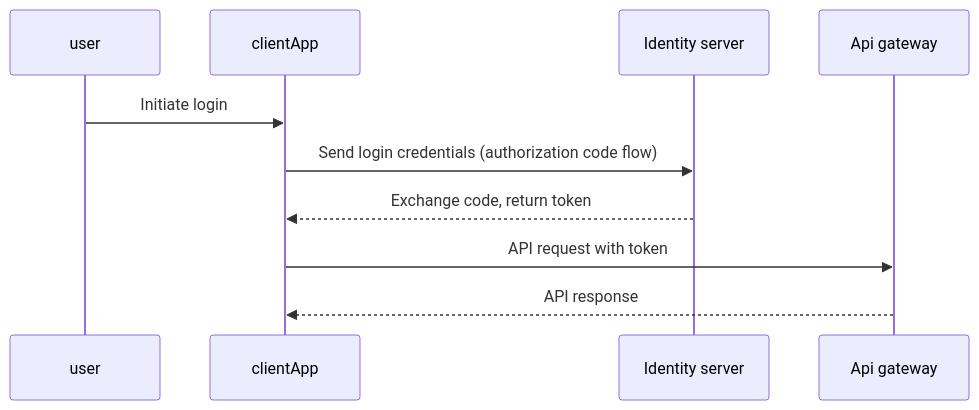
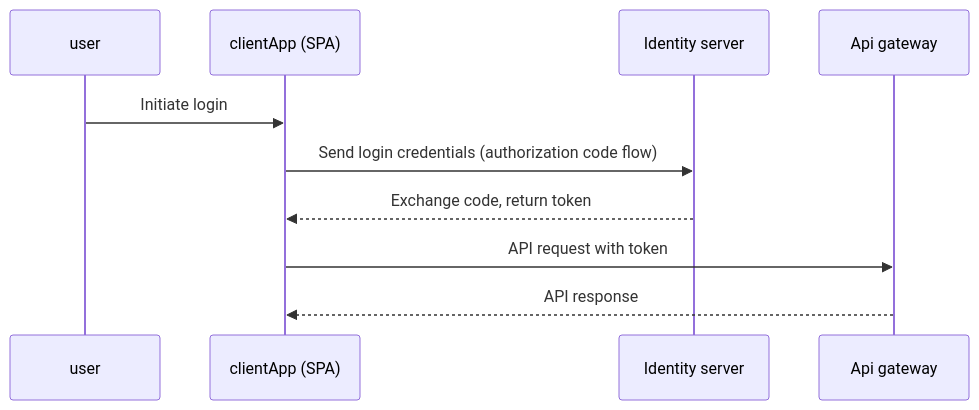
The diagram in README.md (imagespeak/imagespeak.frontend), drawn with Mermaid before and after one commit.

````diff
--- a/README.md
+++ b/README.md
@@ -12,13 +12,13 @@
 ```mermaid
 sequenceDiagram
     participant User as user
-    participant Client as clientApp
+    participant Client as clientApp (SPA)
     participant Identity as Identity server
     participant API as Api gateway
 
     User->>Client: Initiate login
     Client->>Identity: Send login credentials (authorization code flow)
     Identity-->>Client: Exchange code, return token
     Client->>API: API request with token
     API-->>Client: API response
 ```
````
